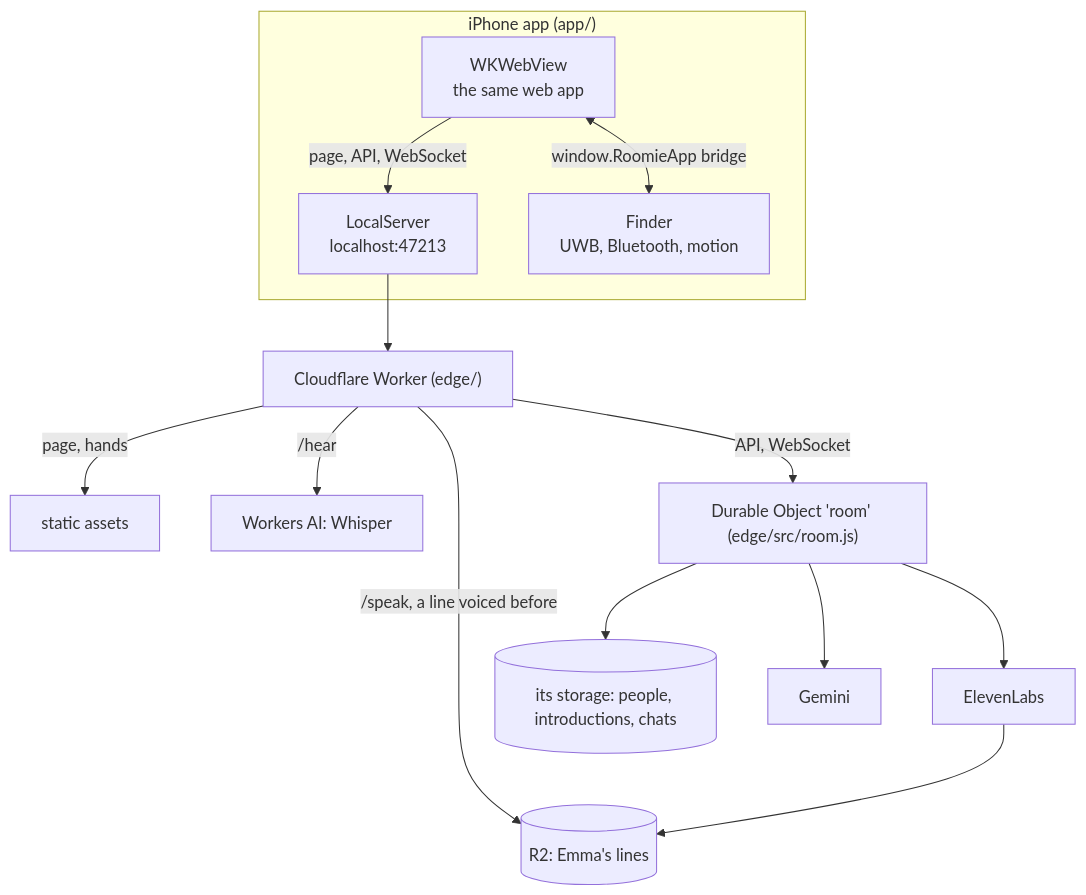
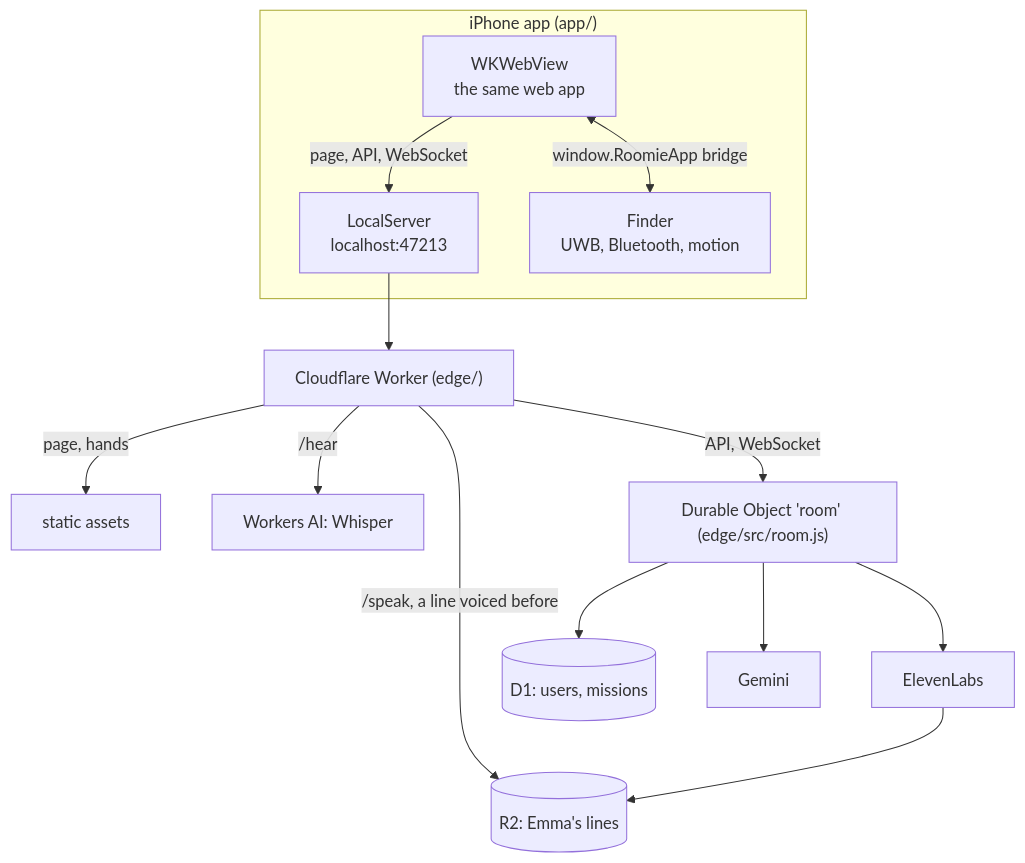
One commit to xgre1/pairshake changed the diagram in docs/architecture.md. Above: the diagram before and after it, drawn with Mermaid. The commit also changed other lines of this file and 7 other files, not shown here.

First line of the commit message:
Users and introductions live in D1; no Python left in the build

````diff
--- a/docs/architecture.md
+++ b/docs/architecture.md
@@ -5,19 +5,19 @@
 ```mermaid
 flowchart TB
   subgraph Phone["iPhone app (app/)"]
     WV["WKWebView<br/>the same web app"]
     LS["LocalServer<br/>localhost:47213"]
     F["Finder<br/>UWB, Bluetooth, motion"]
     WV -- "page, API, WebSocket" --> LS
     WV <-- "window.RoomieApp bridge" --> F
   end
   LS --> W["Cloudflare Worker (edge/)"]
   W -- "page, hands" --> EA["static assets"]
   W -- "/hear" --> AI["Workers AI: Whisper"]
   W -- "/speak, a line voiced before" --> R2[("R2: Emma's lines")]
   W -- "API, WebSocket" --> S["Durable Object 'room' (edge/src/room.js)"]
-  S --> ST[("its storage: people, introductions, chats")]
+  S --> ST[("D1: users, missions")]
   S --> LLM["Gemini"]
   S --> TTS["ElevenLabs"]
   TTS --> R2
 ```
````
